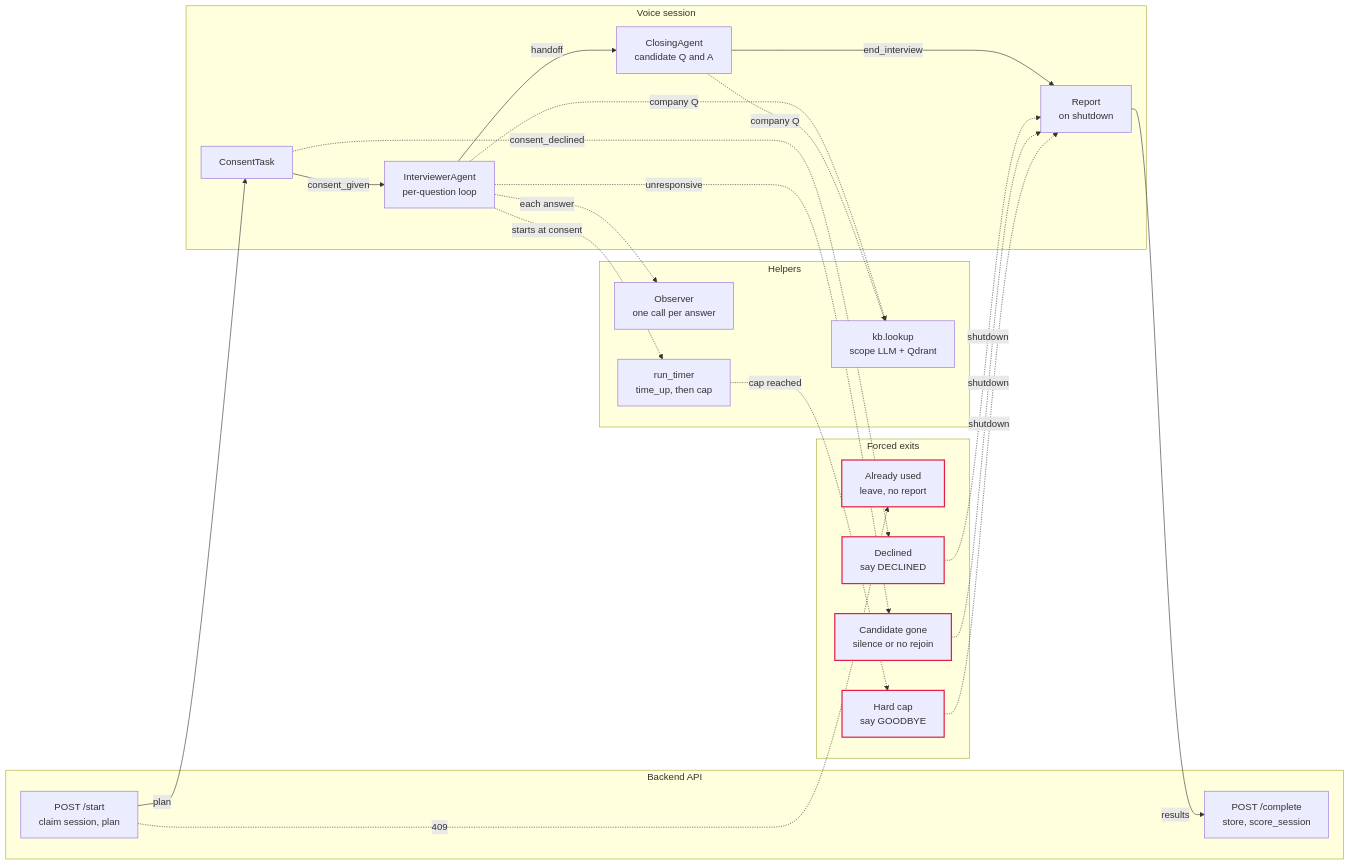
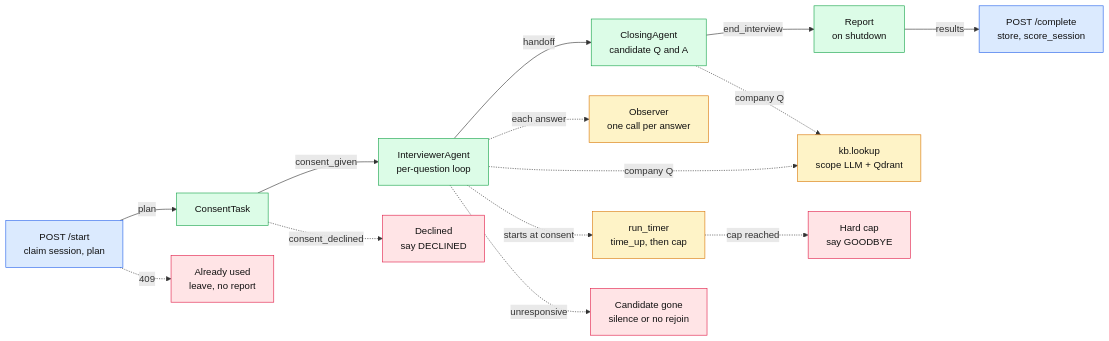
Before and after one commit to Debraj-Kundu/GURU-AI-INTERVIEWER: the seventh of 9 diagrams in README.md, drawn with Mermaid. The commit also changed other lines of this file and 47 other files, not shown here.

````diff
--- a/README.md
+++ b/README.md
@@ -300,41 +327,27 @@
 ```mermaid
 flowchart LR
-  subgraph api["Backend API"]
-    start["POST /start<br/>claim session, plan"]
-    complete["POST /complete<br/>store, score_session"]
-  end
+  start["POST /start<br/>claim session, plan"] -->|plan| consent["ConsentTask"]
+  consent -->|consent_given| interviewer["InterviewerAgent<br/>per-question loop"]
+  interviewer -->|handoff| closing["ClosingAgent<br/>candidate Q and A"]
+  closing -->|end_interview| report["Report<br/>on shutdown"]
+  report -->|results| complete["POST /complete<br/>store, score_session"]
 
-  subgraph helpers["Helpers"]
-    observer["Observer<br/>one call per answer"]
-    lookup["kb.lookup<br/>scope LLM + Qdrant"]
-    timer["run_timer<br/>time_up, then cap"]
-  end
+  interviewer -.->|each answer| observer["Observer<br/>one call per answer"]
+  interviewer -.->|company Q| lookup["kb.lookup<br/>scope LLM + Qdrant"]
+  closing -.->|company Q| lookup
+  interviewer -.->|starts at consent| timer["run_timer<br/>time_up, then cap"]
 
-  subgraph live["Voice session"]
-    consent["ConsentTask"] -->|consent_given| interviewer["InterviewerAgent<br/>per-question loop"]
-    interviewer -->|handoff| closing["ClosingAgent<br/>candidate Q and A"]
-    closing -->|end_interview| report["Report<br/>on shutdown"]
-  end
+  start -.->|409| used["Already used<br/>leave, no report"]
+  consent -.->|consent_declined| declined["Declined<br/>say DECLINED"]
+  interviewer -.->|unresponsive| gone["Candidate gone<br/>silence or no rejoin"]
+  timer -.->|cap reached| cap["Hard cap<br/>say GOODBYE"]
 
-  subgraph exits["Forced exits"]
-    used["Already used<br/>leave, no report"]
-    declined["Declined<br/>say DECLINED"]
-    gone["Candidate gone<br/>silence or no rejoin"]
-    cap["Hard cap<br/>say GOODBYE"]
-  end
-
-  start -->|plan| consent
-  report -->|results| complete
-  interviewer -.->|each answer| observer
-  interviewer -.->|company Q| lookup
-  closing -.->|company Q| lookup
-  interviewer -.->|starts at consent| timer
-  start -.->|409| used
-  consent -.->|consent_declined| declined
-  interviewer -.->|unresponsive| gone
-  timer -.->|cap reached| cap
-  declined & gone & cap -.->|shutdown| report
-
-  classDef exit stroke:#e11d48,stroke-width:2px
+  classDef api fill:#dbeafe,stroke:#2563eb,color:#111
+  classDef live fill:#dcfce7,stroke:#16a34a,color:#111
+  classDef helper fill:#fef3c7,stroke:#d97706,color:#111
+  classDef exit fill:#ffe4e6,stroke:#e11d48,color:#111
+  class start,complete api
+  class consent,interviewer,closing,report live
+  class observer,lookup,timer helper
   class used,declined,gone,cap exit
 ```
````
